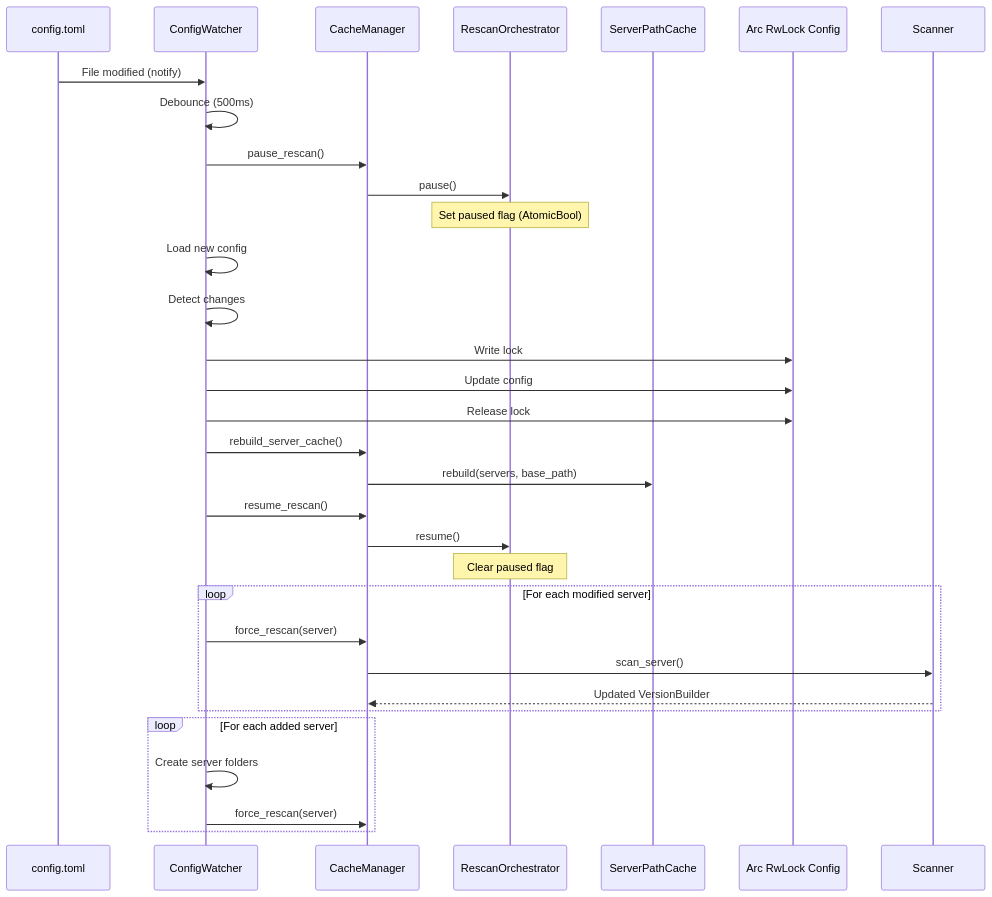
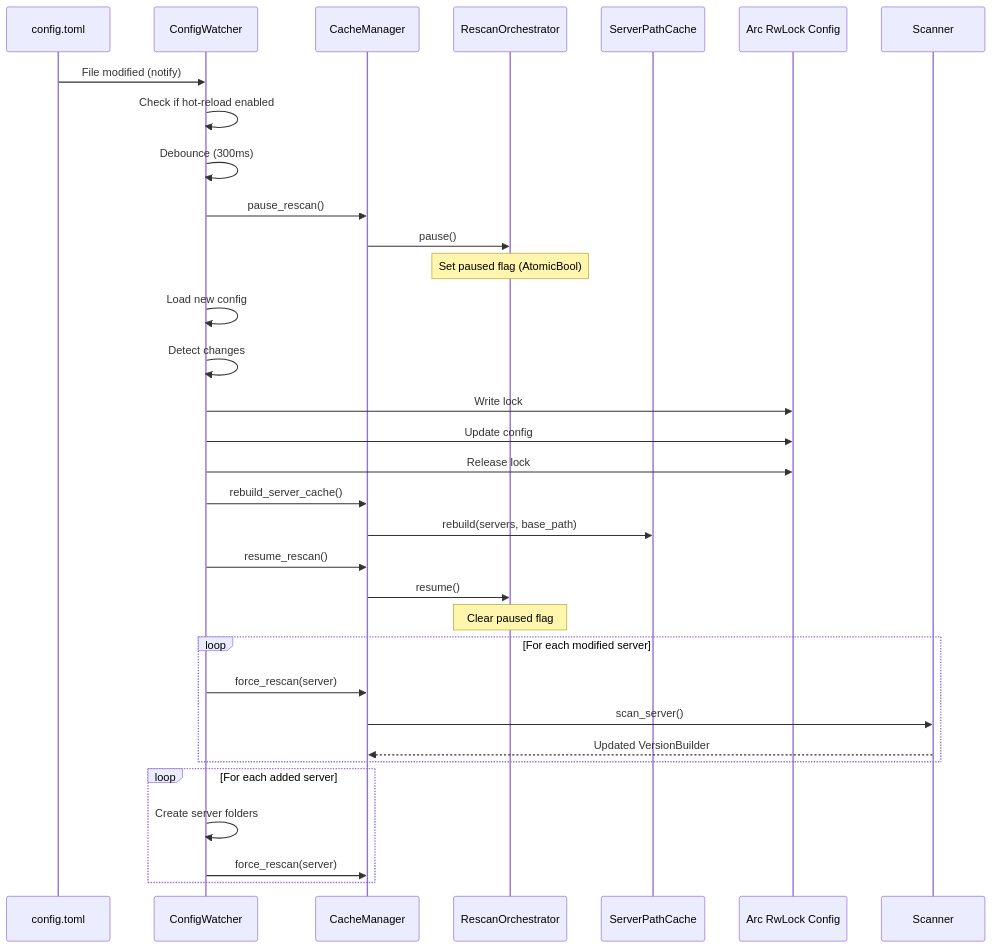
One commit to Lighty-Launcher/LightyUpdater changed the second of 5 diagrams in crates/config/docs/hot-reload.md. Above: the diagram before and after it, drawn with Mermaid. The commit also changed other lines of this file and 23 other files, not shown here.

````diff
--- a/crates/config/docs/hot-reload.md
+++ b/crates/config/docs/hot-reload.md
@@ -25,42 +31,43 @@
 ```mermaid
 sequenceDiagram
     participant File as config.toml
     participant Watcher as ConfigWatcher
     participant CM as CacheManager
     participant RO as RescanOrchestrator
     participant SPC as ServerPathCache
     participant Config as Arc RwLock Config
     participant Scanner
 
     File->>Watcher: File modified (notify)
-    Watcher->>Watcher: Debounce (500ms)
+    Watcher->>Watcher: Check if hot-reload enabled
+    Watcher->>Watcher: Debounce (300ms)
 
     Watcher->>CM: pause_rescan()
     CM->>RO: pause()
     Note over RO: Set paused flag (AtomicBool)
 
     Watcher->>Watcher: Load new config
     Watcher->>Watcher: Detect changes
 
     Watcher->>Config: Write lock
     Watcher->>Config: Update config
     Watcher->>Config: Release lock
 
     Watcher->>CM: rebuild_server_cache()
     CM->>SPC: rebuild(servers, base_path)
 
     Watcher->>CM: resume_rescan()
     CM->>RO: resume()
     Note over RO: Clear paused flag
 
     loop For each modified server
         Watcher->>CM: force_rescan(server)
         CM->>Scanner: scan_server()
         Scanner-->>CM: Updated VersionBuilder
     end
 
     loop For each added server
         Watcher->>Watcher: Create server folders
         Watcher->>CM: force_rescan(server)
     end
 ```
````
